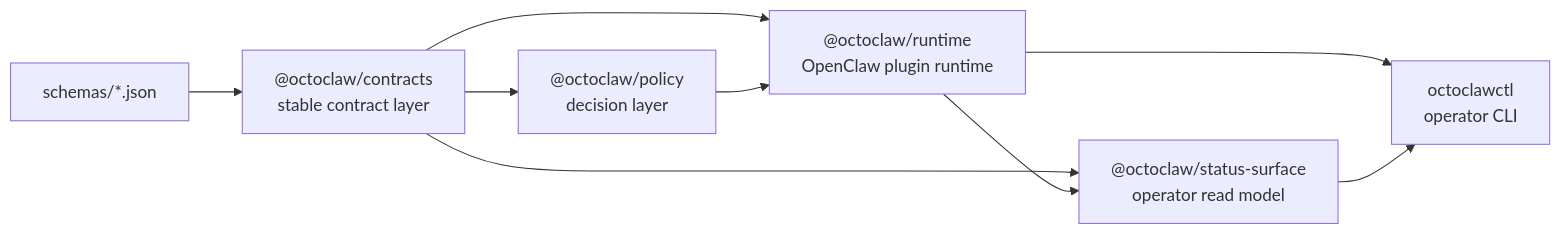
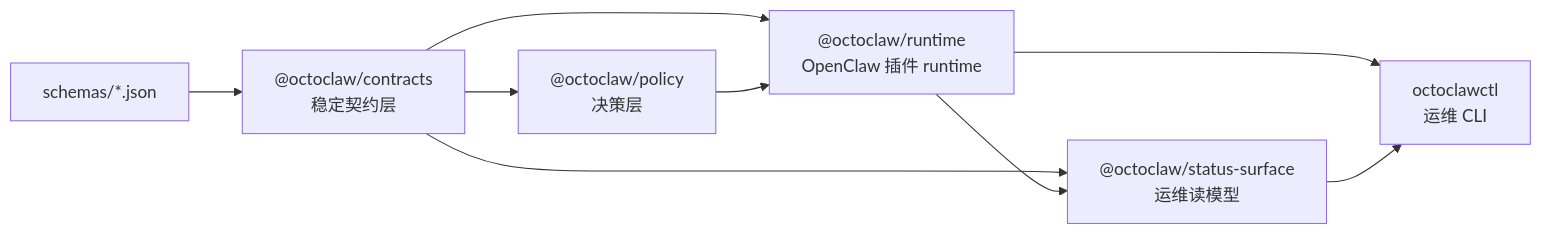
Before and after one commit to guanbear/OctoClaw: the second of 5 diagrams in docs/octoclaw-architecture-map-2026-05-09.md, drawn with Mermaid. The commit also changed other lines of this file and 3 other files, not shown here.

````diff
--- a/docs/octoclaw-architecture-map-2026-05-09.md
+++ b/docs/octoclaw-architecture-map-2026-05-09.md
@@ -124,18 +123,18 @@
 ```mermaid
 flowchart LR
-  Contracts["@octoclaw/contracts<br/>stable contract layer"]
-  Policy["@octoclaw/policy<br/>decision layer"]
-  Runtime["@octoclaw/runtime<br/>OpenClaw plugin runtime"]
-  Status["@octoclaw/status-surface<br/>operator read model"]
-  Ctl["octoclawctl<br/>operator CLI"]
+  Contracts["@octoclaw/contracts<br/>稳定契约层"]
+  Policy["@octoclaw/policy<br/>决策层"]
+  Runtime["@octoclaw/runtime<br/>OpenClaw 插件 runtime"]
+  Status["@octoclaw/status-surface<br/>运维读模型"]
+  Ctl["octoclawctl<br/>运维 CLI"]
   Schemas["schemas/*.json"]
 
   Schemas --> Contracts
   Contracts --> Policy
   Contracts --> Runtime
   Policy --> Runtime
   Contracts --> Status
   Runtime --> Status
   Runtime --> Ctl
   Status --> Ctl
 ```
````
